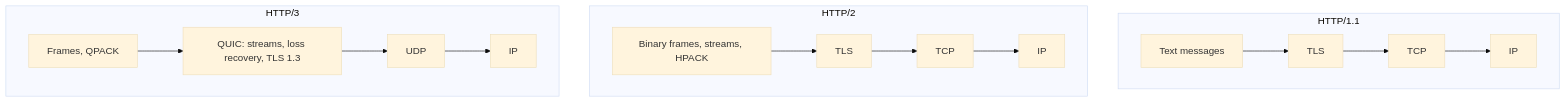
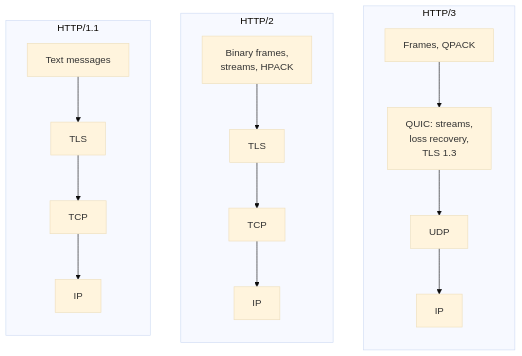
The second of 2 diagrams in src/content/docs/communication/http.mdx (butyavk/system-design), drawn with Mermaid (base theme) before and after one commit. The commit also changed other lines of this file and 144 other files, not shown here.

````diff
--- a/src/content/docs/communication/http.mdx
+++ b/src/content/docs/communication/http.mdx
@@ -142,12 +142,15 @@
 ```mermaid
 flowchart TB
+  subgraph v3["HTTP/3"]
+    direction TB
+    c1["Frames, QPACK"] --> c2["QUIC: streams,<br/>loss recovery,<br/>TLS 1.3"] --> c3["UDP"] --> c4["IP"]
+  end
+  subgraph v2["HTTP/2"]
+    direction TB
+    b1["Binary frames,<br/>streams, HPACK"] --> b2["TLS"] --> b3["TCP"] --> b4["IP"]
+  end
   subgraph v1["HTTP/1.1"]
+    direction TB
     a1["Text messages"] --> a2["TLS"] --> a3["TCP"] --> a4["IP"]
   end
-  subgraph v2["HTTP/2"]
-    b1["Binary frames, streams, HPACK"] --> b2["TLS"] --> b3["TCP"] --> b4["IP"]
-  end
-  subgraph v3["HTTP/3"]
-    c1["Frames, QPACK"] --> c2["QUIC: streams, loss recovery, TLS 1.3"] --> c3["UDP"] --> c4["IP"]
-  end
 ```
````
